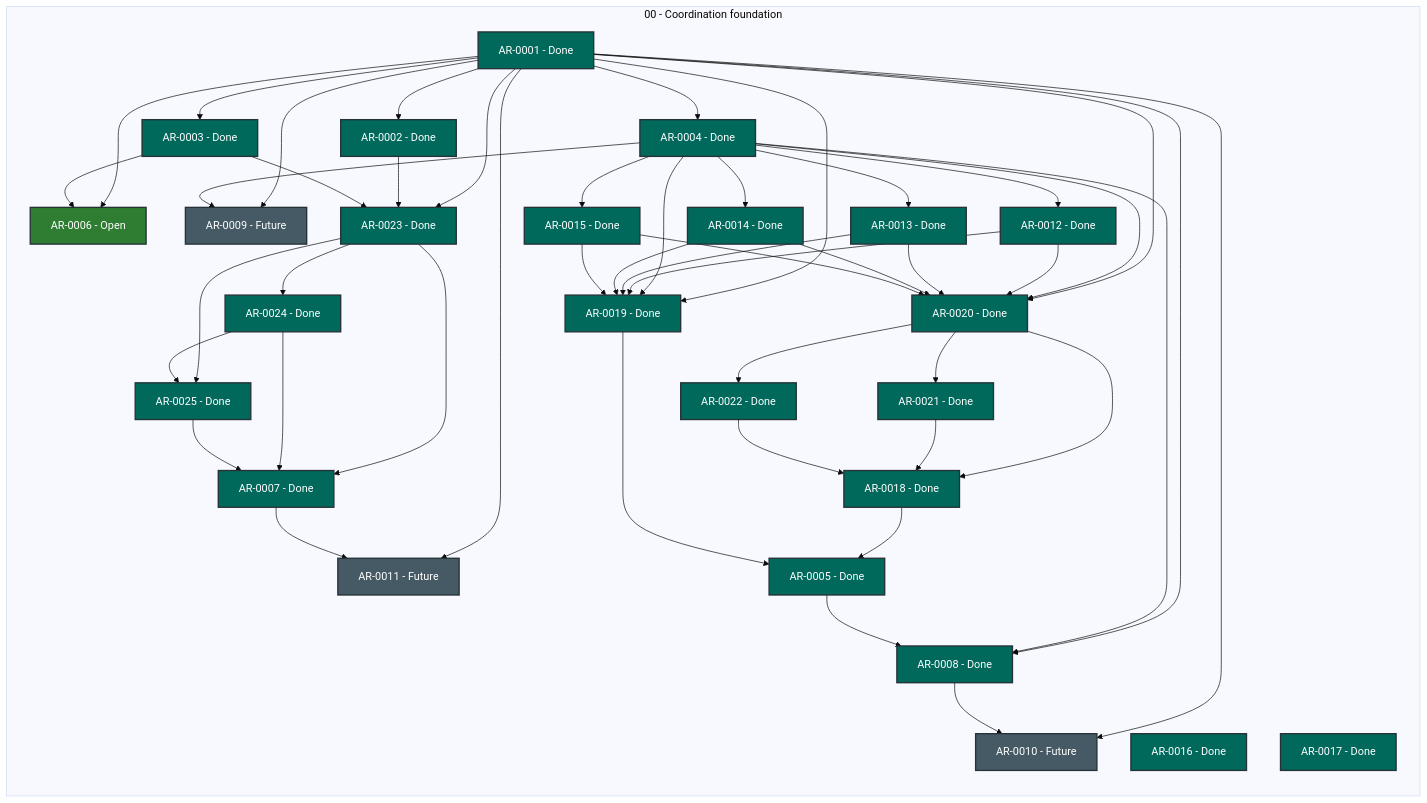
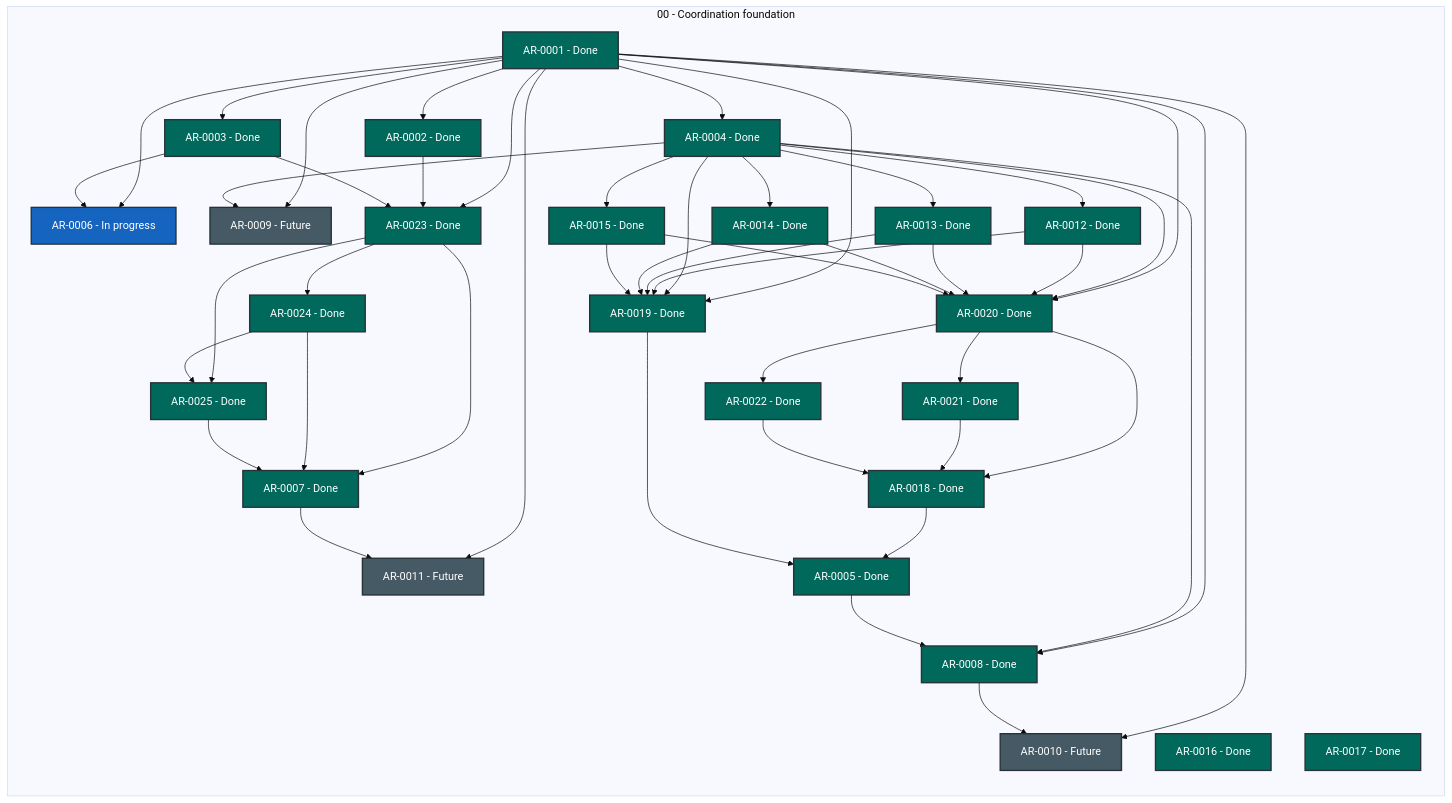
The diagram in STATUS.md (martin-beck/agent-workflow-quality-state), drawn with Mermaid (base theme) before and after one commit. The commit also changed other lines of this file and 2 other files, not shown here.

```diff
--- a/STATUS.md
+++ b/STATUS.md
@@ -33,7 +33,7 @@
         AR_0003["AR-0003 - Done"]:::status_done
         AR_0004["AR-0004 - Done"]:::status_done
         AR_0005["AR-0005 - Done"]:::status_done
-        AR_0006["AR-0006 - Open"]:::status_open
+        AR_0006["AR-0006 - In progress"]:::status_in_progress
         AR_0007["AR-0007 - Done"]:::status_done
         AR_0008["AR-0008 - Done"]:::status_done
         AR_0009["AR-0009 - Future"]:::status_future
```
